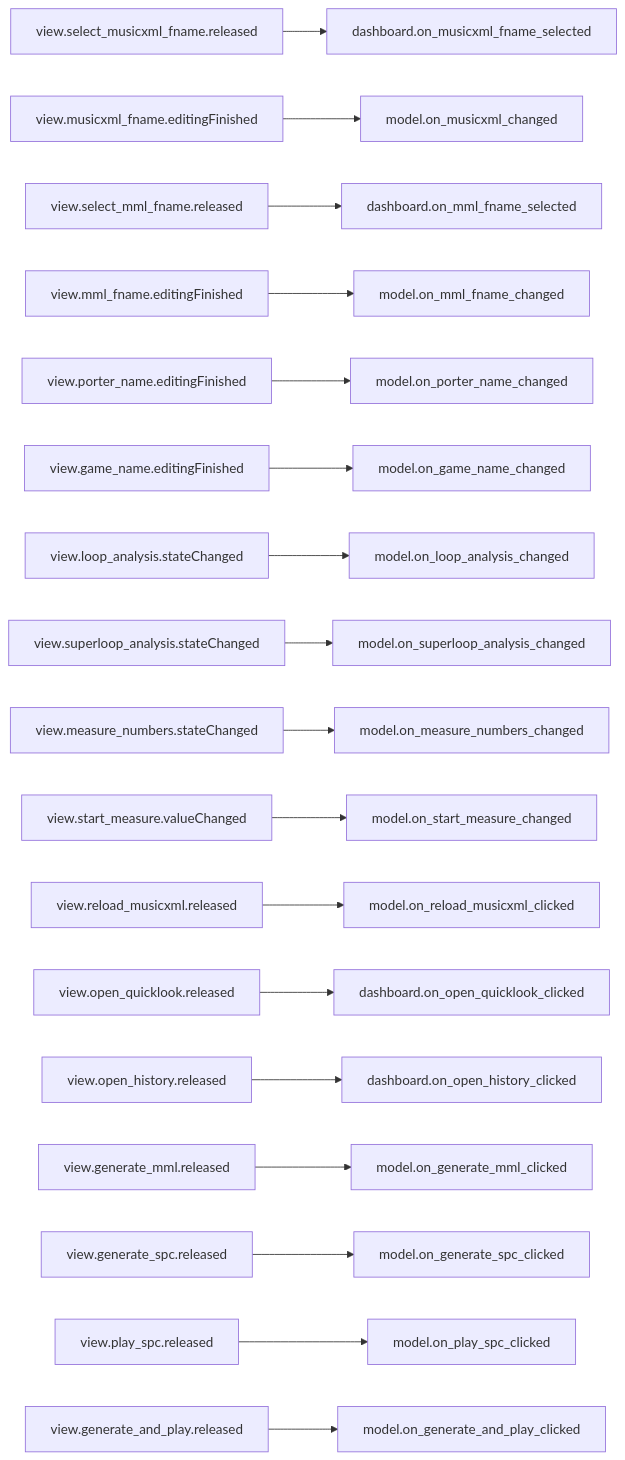
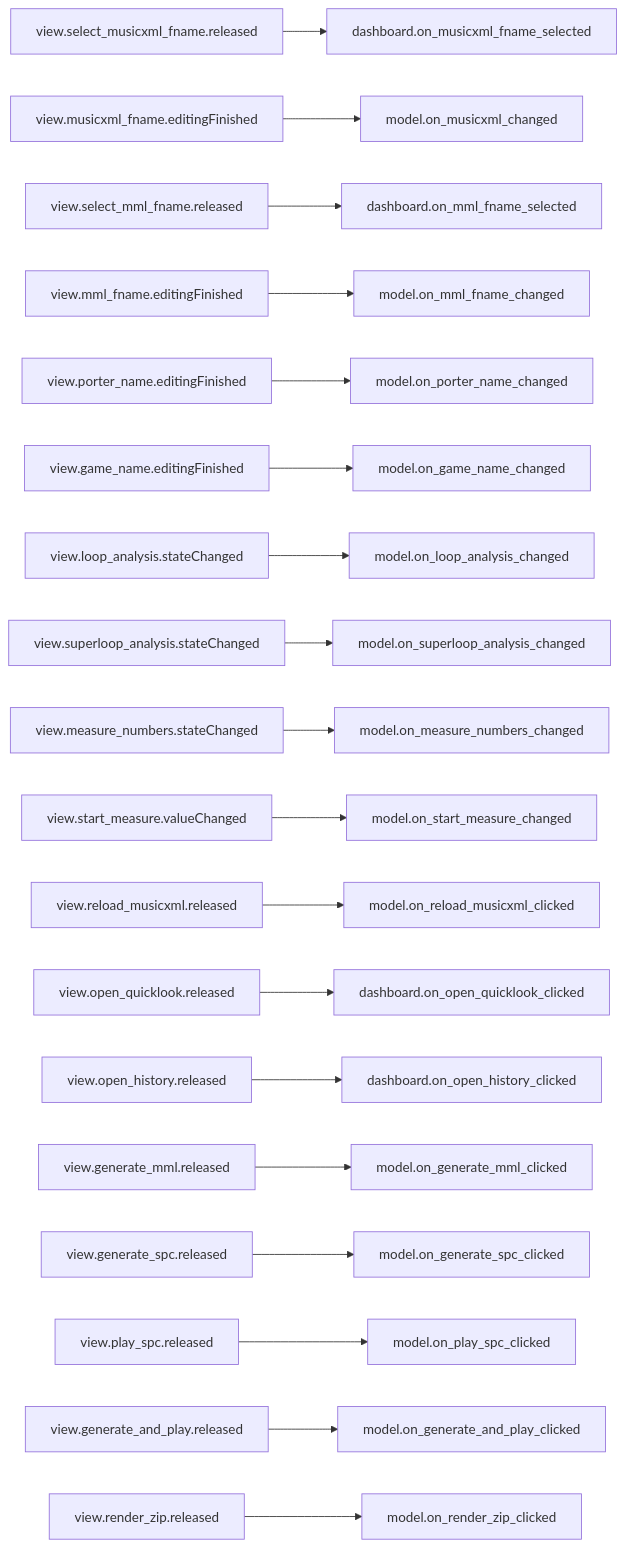
The third of 9 diagrams in doc/source/dashboard_signal_slot_map.rst (com-posers-pit/smw_music), drawn with Mermaid before and after one commit. The commit also changed 4 other files, not shown here.

First line of the commit message:
Add "render zip" button

```diff
--- a/doc/source/dashboard_signal_slot_map.rst
+++ b/doc/source/dashboard_signal_slot_map.rst
@@ -59,20 +59,21 @@
 .. mermaid::
 
    flowchart LR
       view.select_musicxml_fname.released --> dashboard.on_musicxml_fname_selected
       view.musicxml_fname.editingFinished --> model.on_musicxml_changed
       view.select_mml_fname.released --> dashboard.on_mml_fname_selected
       view.mml_fname.editingFinished --> model.on_mml_fname_changed
       view.porter_name.editingFinished --> model.on_porter_name_changed
       view.game_name.editingFinished --> model.on_game_name_changed
       view.loop_analysis.stateChanged --> model.on_loop_analysis_changed
       view.superloop_analysis.stateChanged --> model.on_superloop_analysis_changed
       view.measure_numbers.stateChanged --> model.on_measure_numbers_changed
       view.start_measure.valueChanged --> model.on_start_measure_changed
       view.reload_musicxml.released --> model.on_reload_musicxml_clicked
       view.open_quicklook.released --> dashboard.on_open_quicklook_clicked
       view.open_history.released --> dashboard.on_open_history_clicked
       view.generate_mml.released --> model.on_generate_mml_clicked
       view.generate_spc.released --> model.on_generate_spc_clicked
       view.play_spc.released --> model.on_play_spc_clicked
       view.generate_and_play.released --> model.on_generate_and_play_clicked
+      view.render_zip.released --> model.on_render_zip_clicked
```
